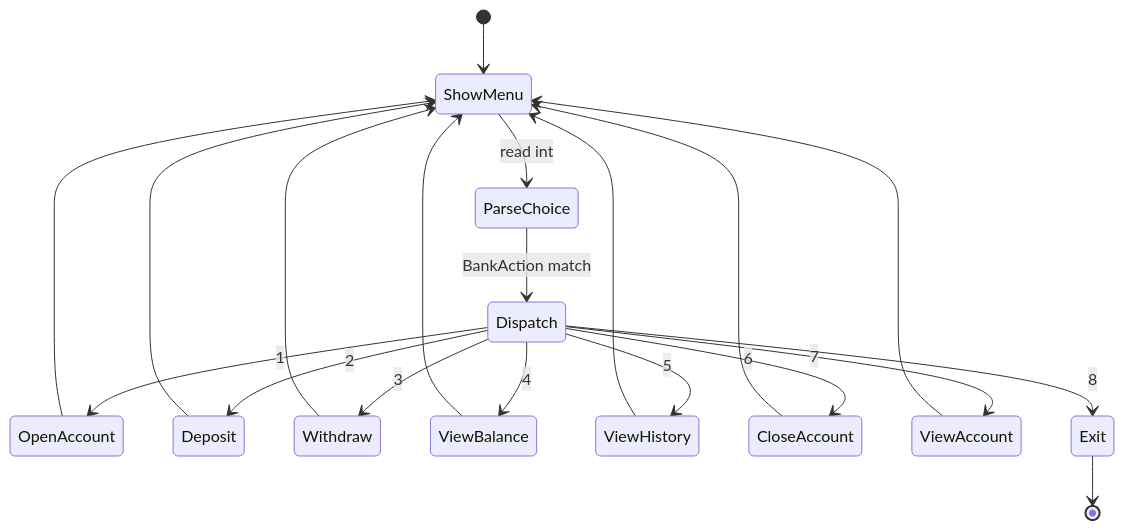
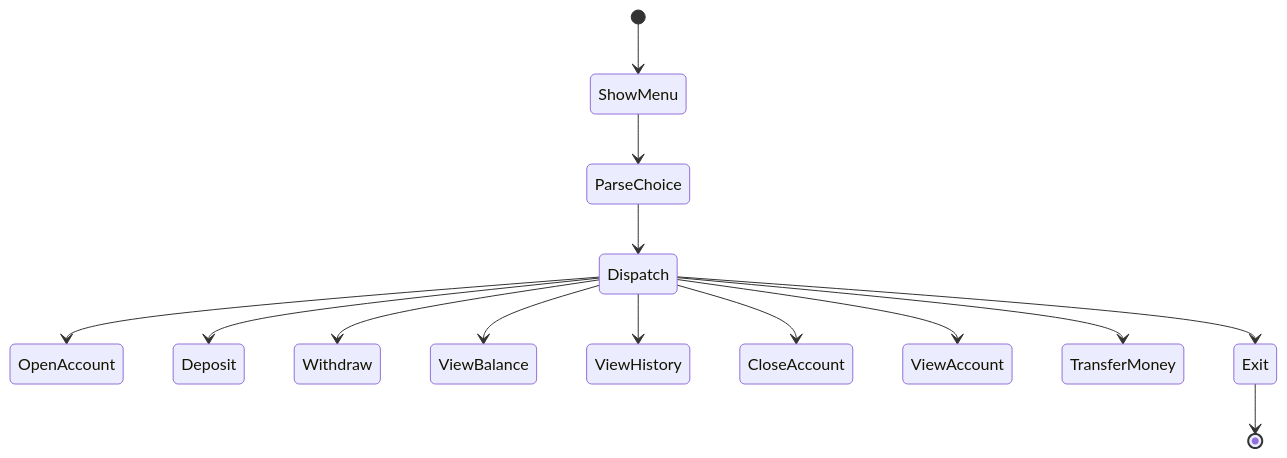
Before and after one commit to anupmika/pybank: the third of 5 diagrams in docs/architecture.md, drawn with Mermaid. The commit also changed other lines of this file and 2 other files, not shown here.

Commit message:
docs: update README and docs with emojis and transfer money support (#10)

````diff
--- a/docs/architecture.md
+++ b/docs/architecture.md
@@ -109,22 +77,16 @@
 ```mermaid
 stateDiagram-v2
     [*] --> ShowMenu
-    ShowMenu --> ParseChoice: read int
-    ParseChoice --> Dispatch: BankAction match
-    Dispatch --> OpenAccount: 1
-    Dispatch --> Deposit: 2
-    Dispatch --> Withdraw: 3
-    Dispatch --> ViewBalance: 4
-    Dispatch --> ViewHistory: 5
-    Dispatch --> CloseAccount: 6
-    Dispatch --> ViewAccount: 7
-    Dispatch --> Exit: 8
-    OpenAccount --> ShowMenu
-    Deposit --> ShowMenu
-    Withdraw --> ShowMenu
-    ViewBalance --> ShowMenu
-    ViewHistory --> ShowMenu
-    CloseAccount --> ShowMenu
-    ViewAccount --> ShowMenu
+    ShowMenu --> ParseChoice
+    ParseChoice --> Dispatch
+    Dispatch --> OpenAccount
+    Dispatch --> Deposit
+    Dispatch --> Withdraw
+    Dispatch --> ViewBalance
+    Dispatch --> ViewHistory
+    Dispatch --> CloseAccount
+    Dispatch --> ViewAccount
+    Dispatch --> TransferMoney
+    Dispatch --> Exit
     Exit --> [*]
 ```
````
